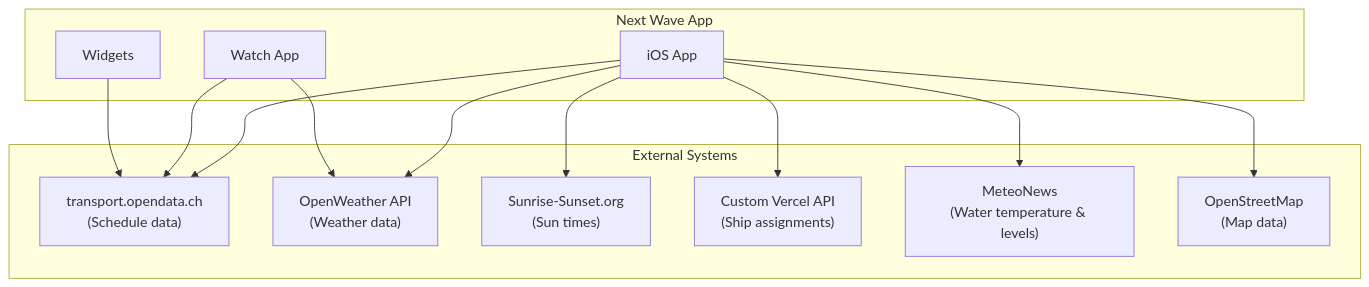
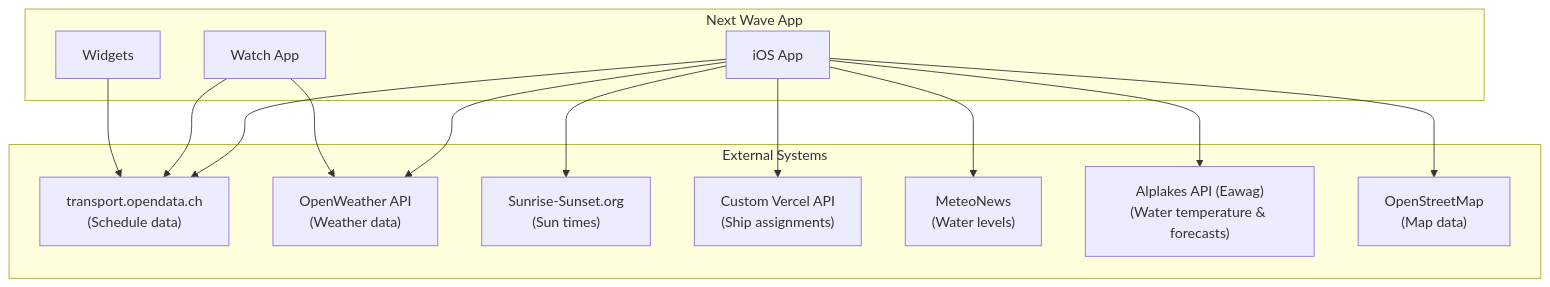
One commit to pfederi/Next-Wave changed the first of 23 diagrams in ARC42_DOCUMENTATION.md. Above: the diagram before and after it, drawn with Mermaid. The commit also changed other lines of this file and 5 other files, not shown here.

First line of the commit message:
feat: Add Alplakes API integration for water temperature and forecasts

````diff
--- a/ARC42_DOCUMENTATION.md
+++ b/ARC42_DOCUMENTATION.md
@@ -67,29 +67,31 @@
 ```mermaid
 graph TB
     subgraph NextWave["Next Wave App"]
         iOS["iOS App"]
         Watch["Watch App"]
         Widgets["Widgets"]
     end
     
     subgraph External["External Systems"]
         Transport["transport.opendata.ch<br/>(Schedule data)"]
         Weather["OpenWeather API<br/>(Weather data)"]
         Sun["Sunrise-Sunset.org<br/>(Sun times)"]
         Vercel["Custom Vercel API<br/>(Ship assignments)"]
-        Meteo["MeteoNews<br/>(Water temperature & levels)"]
+        Meteo["MeteoNews<br/>(Water levels)"]
+        Alplakes["Alplakes API (Eawag)<br/>(Water temperature & forecasts)"]
         OSM["OpenStreetMap<br/>(Map data)"]
     end
     
     iOS --> Transport
     iOS --> Weather
     iOS --> Sun
     iOS --> Vercel
     iOS --> Meteo
+    iOS --> Alplakes
     iOS --> OSM
     
     Watch --> Transport
     Watch --> Weather
     
     Widgets --> Transport
 ```
````
